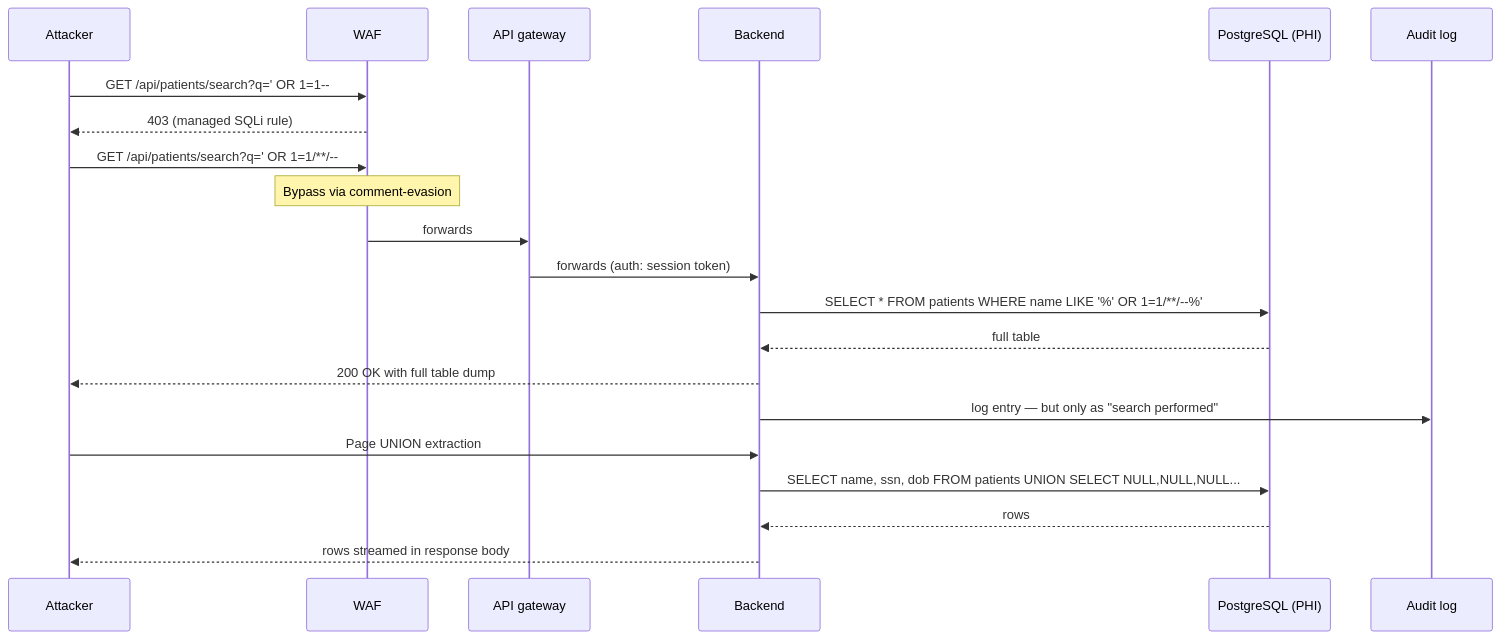
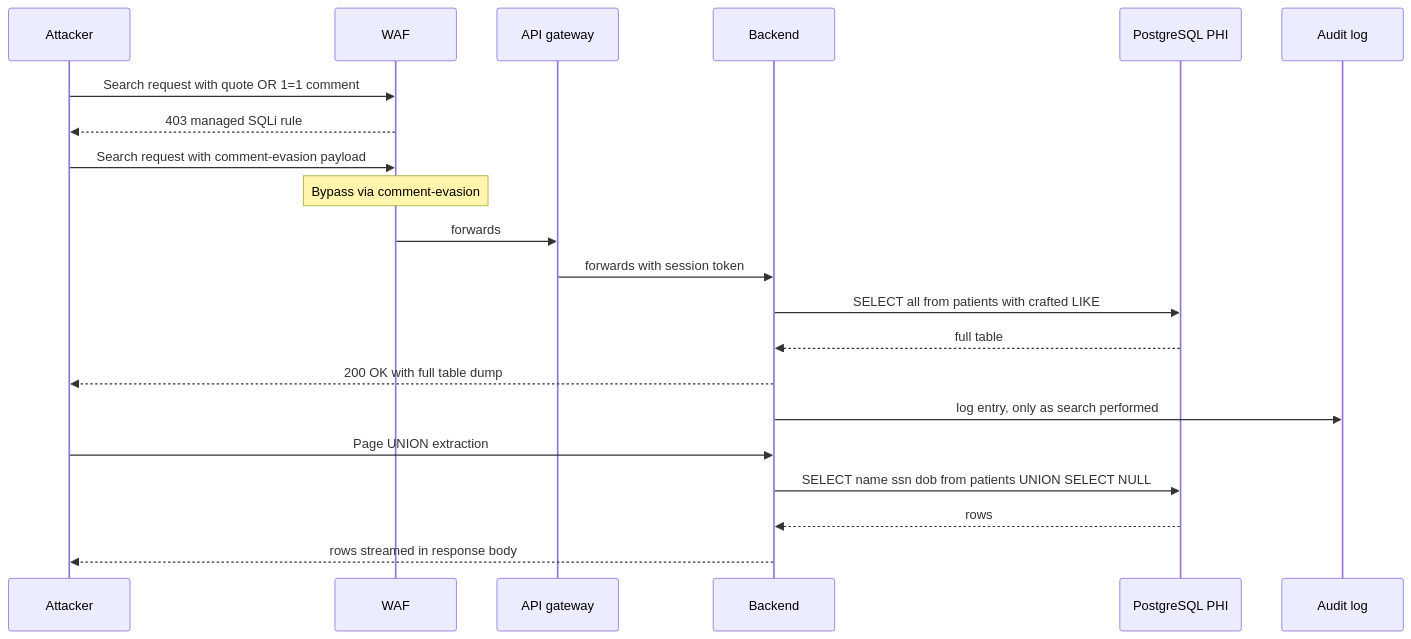
One commit to DhillanC/Thread-Modeling-DCS-CareConnect changed the diagram in Attack Scenario 3/Sequence Summary.md. Above: the diagram before and after it, drawn with Mermaid. The commit also changed 10 other files, not shown here.

First line of the commit message:
fix: make all Mermaid diagrams compatible with GitHub/VSCode preview parser

````diff
--- a/Attack Scenario 3/Sequence Summary.md
+++ b/Attack Scenario 3/Sequence Summary.md
@@ -9,25 +9,25 @@
 ```mermaid
 sequenceDiagram
     participant Att as Attacker
     participant WAF
     participant API as API gateway
     participant App as Backend
-    participant DB as PostgreSQL (PHI)
+    participant DB as PostgreSQL PHI
     participant Audit as Audit log
 
-    Att->>WAF: GET /api/patients/search?q=' OR 1=1--
-    WAF-->>Att: 403 (managed SQLi rule)
-    Att->>WAF: GET /api/patients/search?q=' OR 1=1/**/--
+    Att->>WAF: Search request with quote OR 1=1 comment
+    WAF-->>Att: 403 managed SQLi rule
+    Att->>WAF: Search request with comment-evasion payload
     Note over WAF: Bypass via comment-evasion
     WAF->>API: forwards
-    API->>App: forwards (auth: session token)
-    App->>DB: SELECT * FROM patients WHERE name LIKE '%' OR 1=1/**/--%'
+    API->>App: forwards with session token
+    App->>DB: SELECT all from patients with crafted LIKE
     DB-->>App: full table
     App-->>Att: 200 OK with full table dump
-    App->>Audit: log entry — but only as "search performed"
+    App->>Audit: log entry, only as search performed
 
     Att->>App: Page UNION extraction
-    App->>DB: SELECT name, ssn, dob FROM patients UNION SELECT NULL,NULL,NULL...
+    App->>DB: SELECT name ssn dob from patients UNION SELECT NULL
     DB-->>App: rows
     App-->>Att: rows streamed in response body
 ```
````
